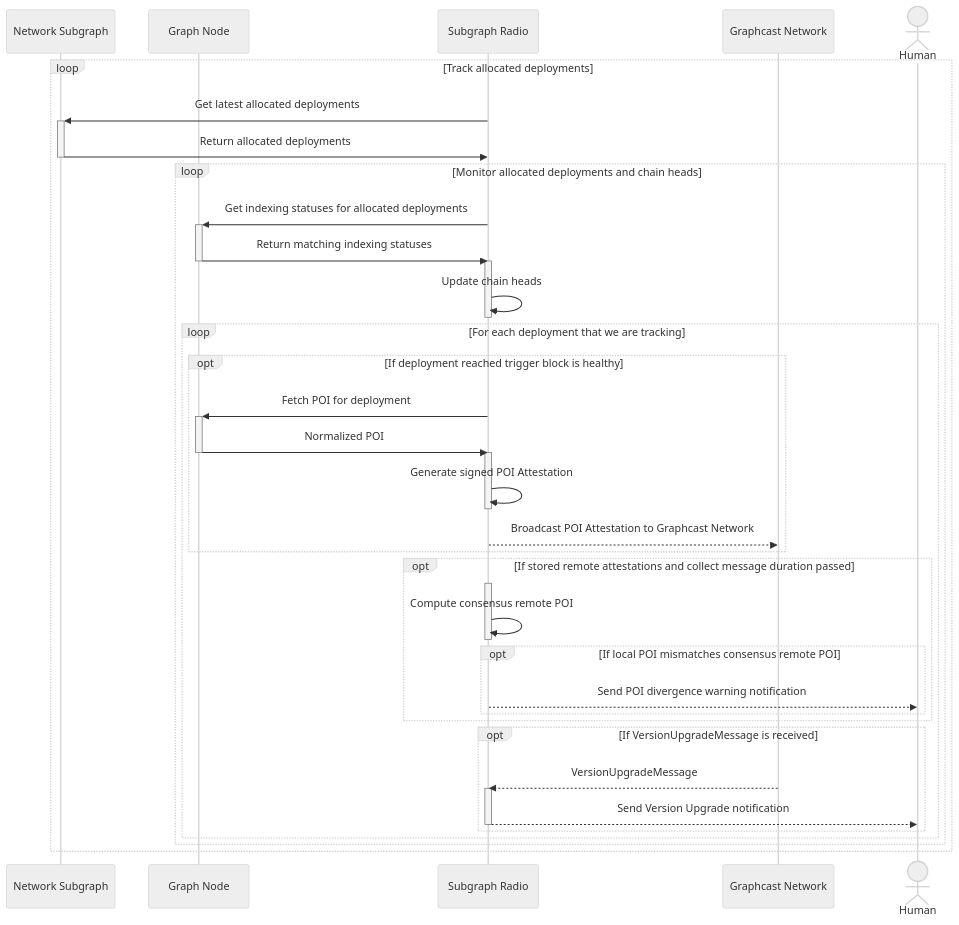
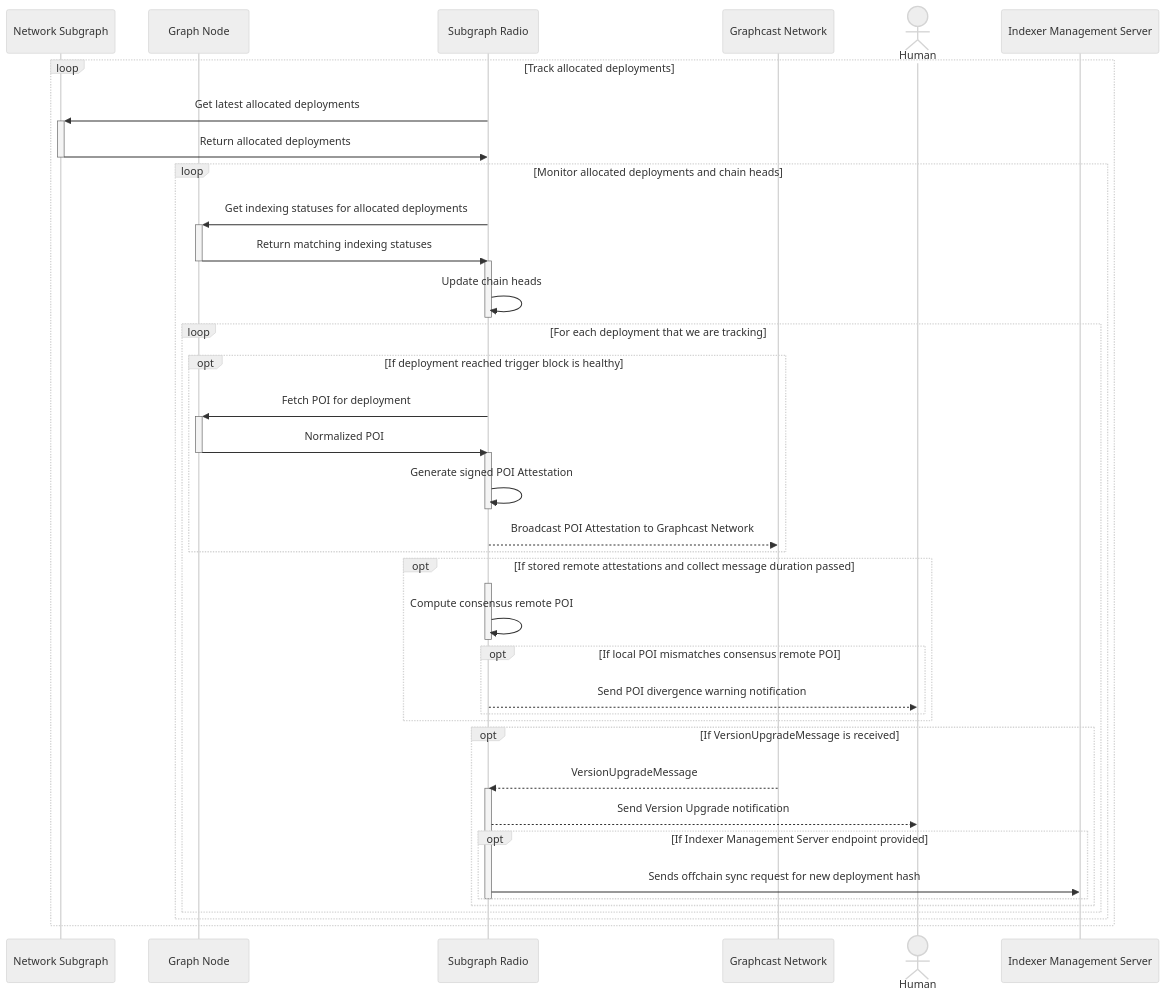
Before and after one commit to graphops/docs: the first of 3 diagrams in docs/graphcast/radios/subgraph-radio.md, drawn with Mermaid (neutral theme). The commit also changed other lines of this file and 3 other files, not shown here.

````diff
--- a/docs/graphcast/radios/subgraph-radio.md
+++ b/docs/graphcast/radios/subgraph-radio.md
@@ -287,43 +335,47 @@
 ```mermaid
 sequenceDiagram
     participant Network Subgraph
     participant Graph Node
     participant Subgraph Radio
     participant Graphcast Network
     actor Human
+    participant Indexer Management Server
     loop Track allocated deployments
         Subgraph Radio->>+Network Subgraph: Get latest allocated deployments
         Network Subgraph->>-Subgraph Radio: Return allocated deployments
         loop Monitor allocated deployments and chain heads
             Subgraph Radio->>+Graph Node: Get indexing statuses for allocated deployments
             Graph Node->>-Subgraph Radio: Return matching indexing statuses
             activate Subgraph Radio
             Subgraph Radio->>Subgraph Radio: Update chain heads
             deactivate Subgraph Radio
             loop For each deployment that we are tracking
                 opt If deployment reached trigger block is healthy
                     Subgraph Radio->>+Graph Node: Fetch POI for deployment
                     Graph Node->>-Subgraph Radio: Normalized POI
                     activate Subgraph Radio
                     Subgraph Radio->>Subgraph Radio: Generate signed POI Attestation
                     deactivate Subgraph Radio
                     Subgraph Radio-->>Graphcast Network: Broadcast POI Attestation to Graphcast Network
                 end
                 opt If stored remote attestations and collect message duration passed
                     activate Subgraph Radio
                     Subgraph Radio->>Subgraph Radio: Compute consensus remote POI
                     deactivate Subgraph Radio
                     opt If local POI mismatches consensus remote POI
                         Subgraph Radio-->>Human: Send POI divergence warning notification
                     end
                 end
                 opt If VersionUpgradeMessage is received
                     Graphcast Network-->>Subgraph Radio: VersionUpgradeMessage
                     activate Subgraph Radio
                     Subgraph Radio-->>Human: Send Version Upgrade notification
+                    opt If Indexer Management Server endpoint provided
+                        Subgraph Radio->>Indexer Management Server: Sends offchain sync request for new deployment hash
+                    end
                     deactivate Subgraph Radio
                 end
             end
         end
     end
 ```
````
